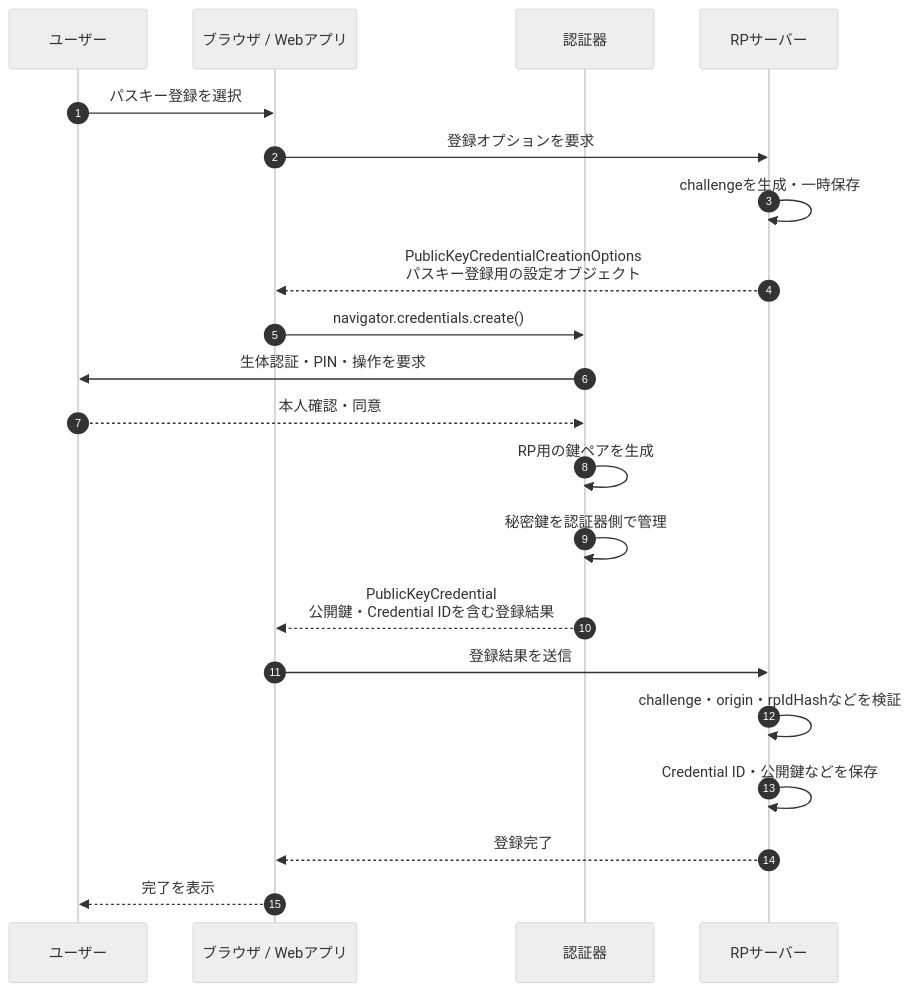
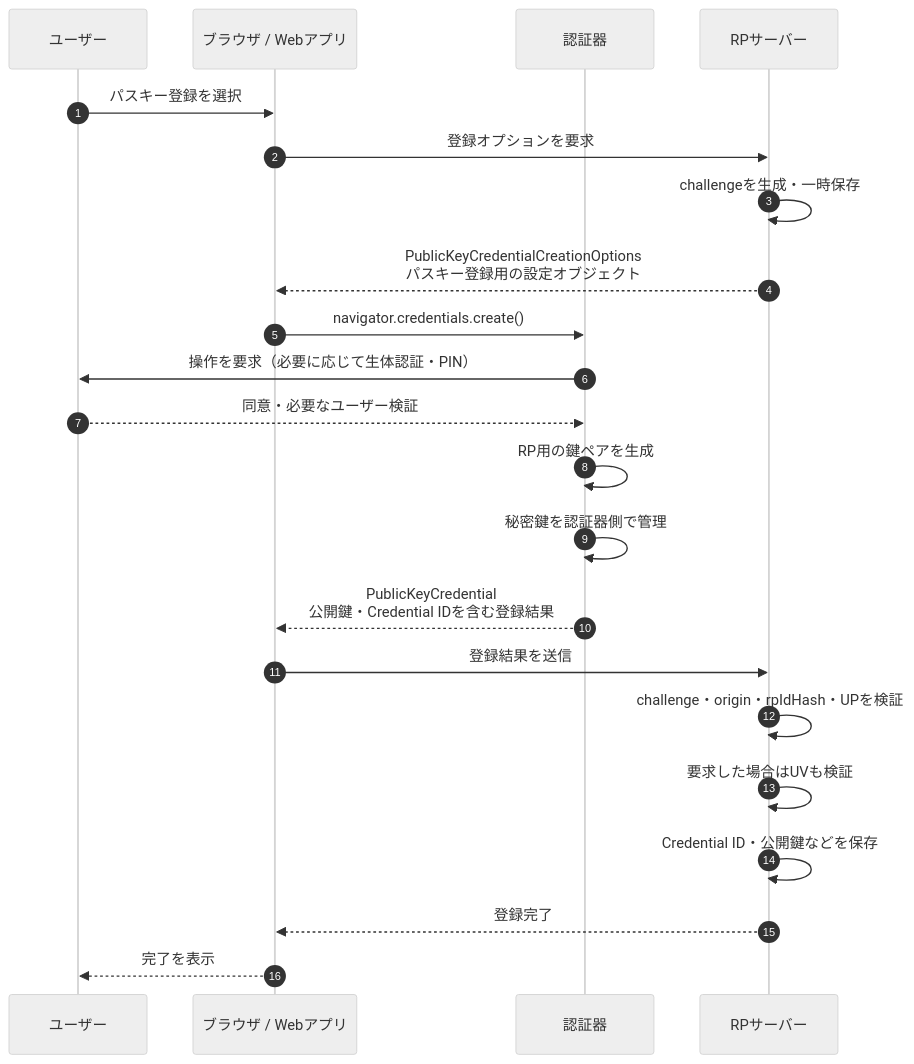
The second of 3 diagrams in passkey-introduction-draft.md (kapitantan/passkey_sandbox), drawn with Mermaid (neutral theme) before and after one commit. The commit also changed other lines of this file and 1 other file, not shown here.

````diff
--- a/passkey-introduction-draft.md
+++ b/passkey-introduction-draft.md
@@ -170,24 +154,25 @@
 ```mermaid
 sequenceDiagram
     autonumber
     participant U as ユーザー
     participant B as ブラウザ / Webアプリ
     participant A as 認証器
     participant S as RPサーバー
 
     U->>B: パスキー登録を選択
     B->>S: 登録オプションを要求
     S->>S: challengeを生成・一時保存
     S-->>B: PublicKeyCredentialCreationOptions<br>パスキー登録用の設定オブジェクト
     B->>A: navigator.credentials.create()
-    A->>U: 生体認証・PIN・操作を要求
-    U-->>A: 本人確認・同意
+    A->>U: 操作を要求（必要に応じて生体認証・PIN）
+    U-->>A: 同意・必要なユーザー検証
     A->>A: RP用の鍵ペアを生成
     A->>A: 秘密鍵を認証器側で管理
     A-->>B: PublicKeyCredential<br>公開鍵・Credential IDを含む登録結果
     B->>S: 登録結果を送信
-    S->>S: challenge・origin・rpIdHashなどを検証
+    S->>S: challenge・origin・rpIdHash・UPを検証
+    S->>S: 要求した場合はUVも検証
     S->>S: Credential ID・公開鍵などを保存
     S-->>B: 登録完了
     B-->>U: 完了を表示
 ```
````
